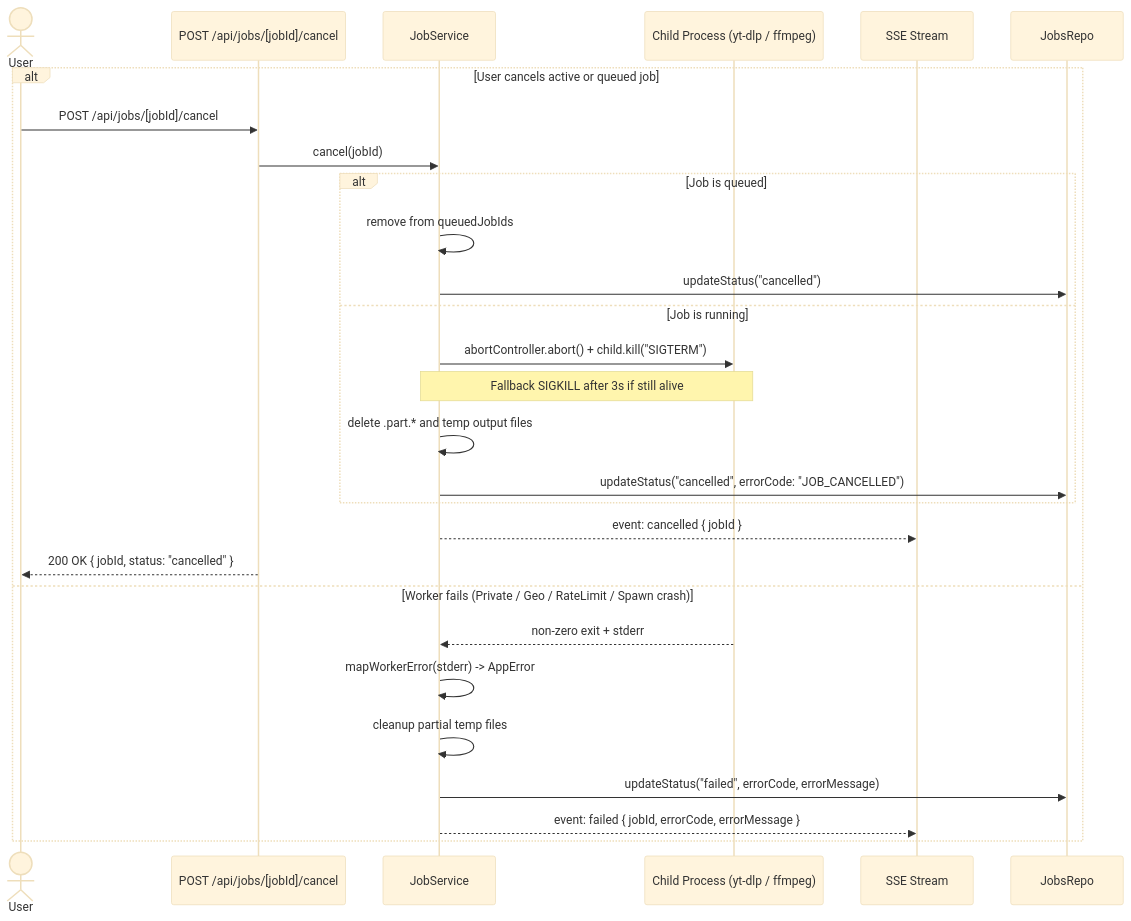
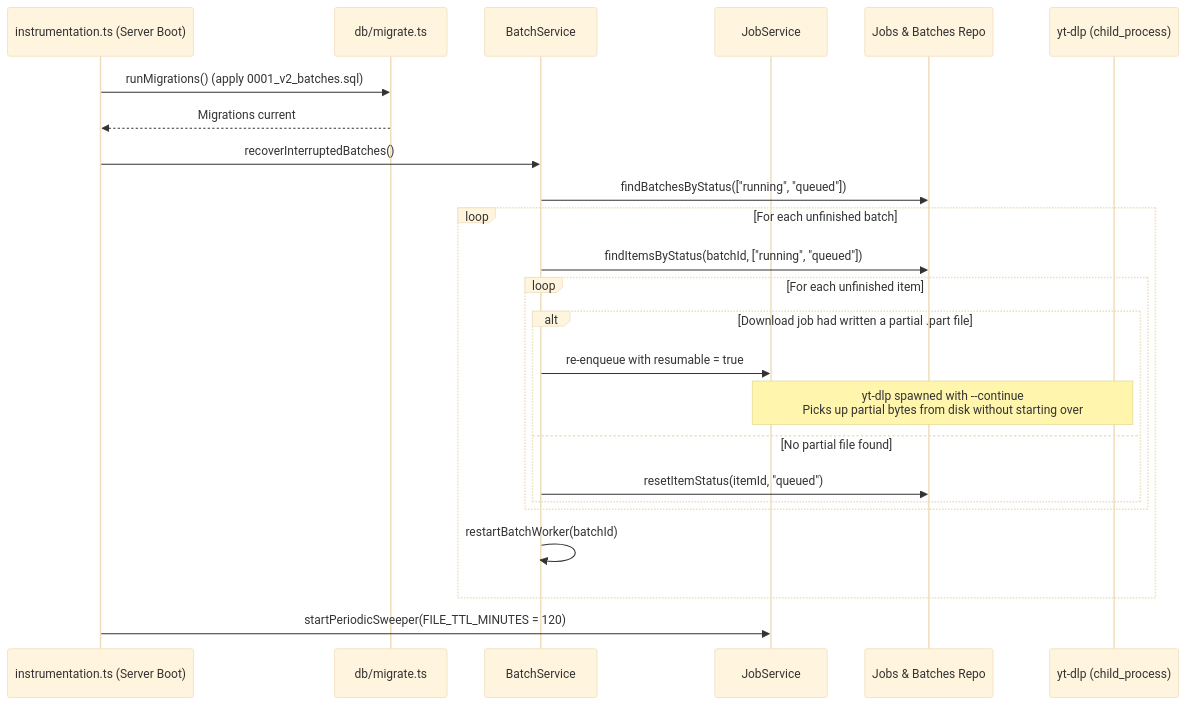
Before and after one commit to ensachin5/RetroTube: the fourth of 9 diagrams in docs/LLD.md, drawn with Mermaid (base theme). The commit also changed other lines of this file and 61 other files, not shown here.

````diff
--- a/docs/LLD.md
+++ b/docs/LLD.md
@@ -286,31 +287,27 @@
 ```mermaid
 sequenceDiagram
-    actor User
-    participant Cancel as POST /api/jobs/[jobId]/cancel
+    participant Boot as instrumentation.ts (Server Boot)
+    participant Mig as db/migrate.ts
+    participant BS as BatchService
     participant JM as JobService
-    participant Proc as Child Process (yt-dlp / ffmpeg)
-    participant SSE as SSE Stream
-    participant Repo as JobsRepo
+    participant Repo as Jobs & Batches Repo
+    participant YtDlp as yt-dlp (child_process)
 
-    alt User cancels active or queued job
-        User->>Cancel: POST /api/jobs/[jobId]/cancel
-        Cancel->>JM: cancel(jobId)
-        alt Job is queued
-            JM->>JM: remove from queuedJobIds
-            JM->>Repo: updateStatus("cancelled")
-        else Job is running
-            JM->>Proc: abortController.abort() + child.kill("SIGTERM")
-            Note over JM,Proc: Fallback SIGKILL after 3s if still alive
-            JM->>JM: delete .part.* and temp output files
-            JM->>Repo: updateStatus("cancelled", errorCode: "JOB_CANCELLED")
+    Boot->>Mig: runMigrations() (apply 0001_v2_batches.sql)
+    Mig-->>Boot: Migrations current
+    Boot->>BS: recoverInterruptedBatches()
+    BS->>Repo: findBatchesByStatus(["running", "queued"])
+    loop For each unfinished batch
+        BS->>Repo: findItemsByStatus(batchId, ["running", "queued"])
+        loop For each unfinished item
+            alt Download job had written a partial .part file
+                BS->>JM: re-enqueue with resumable = true
+                Note over JM,YtDlp: yt-dlp spawned with --continue<br/>Picks up partial bytes from disk without starting over
+            else No partial file found
+                BS->>Repo: resetItemStatus(itemId, "queued")
+            end
         end
-        JM-->>SSE: event: cancelled { jobId }
-        Cancel-->>User: 200 OK { jobId, status: "cancelled" }
-    else Worker fails (Private / Geo / RateLimit / Spawn crash)
-        Proc-->>JM: non-zero exit + stderr
-        JM->>JM: mapWorkerError(stderr) -> AppError
-        JM->>JM: cleanup partial temp files
-        JM->>Repo: updateStatus("failed", errorCode, errorMessage)
-        JM-->>SSE: event: failed { jobId, errorCode, errorMessage }
+        BS->>BS: restartBatchWorker(batchId)
     end
+    Boot->>JM: startPeriodicSweeper(FILE_TTL_MINUTES = 120)
 ```
````
